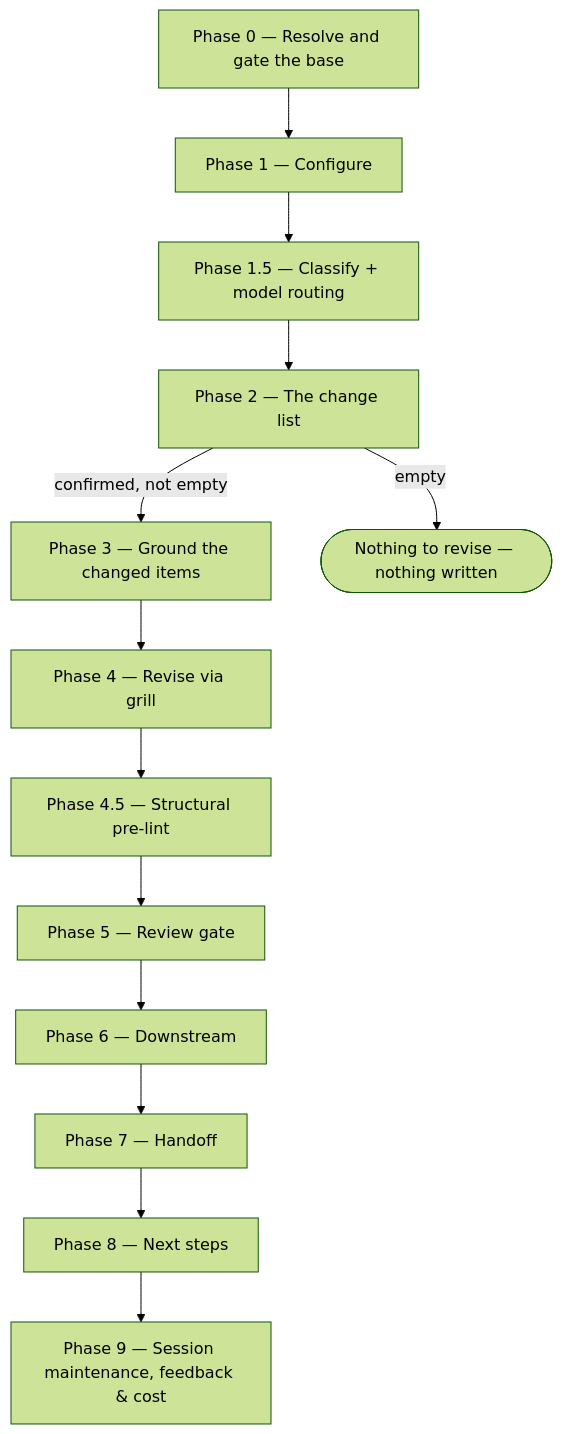
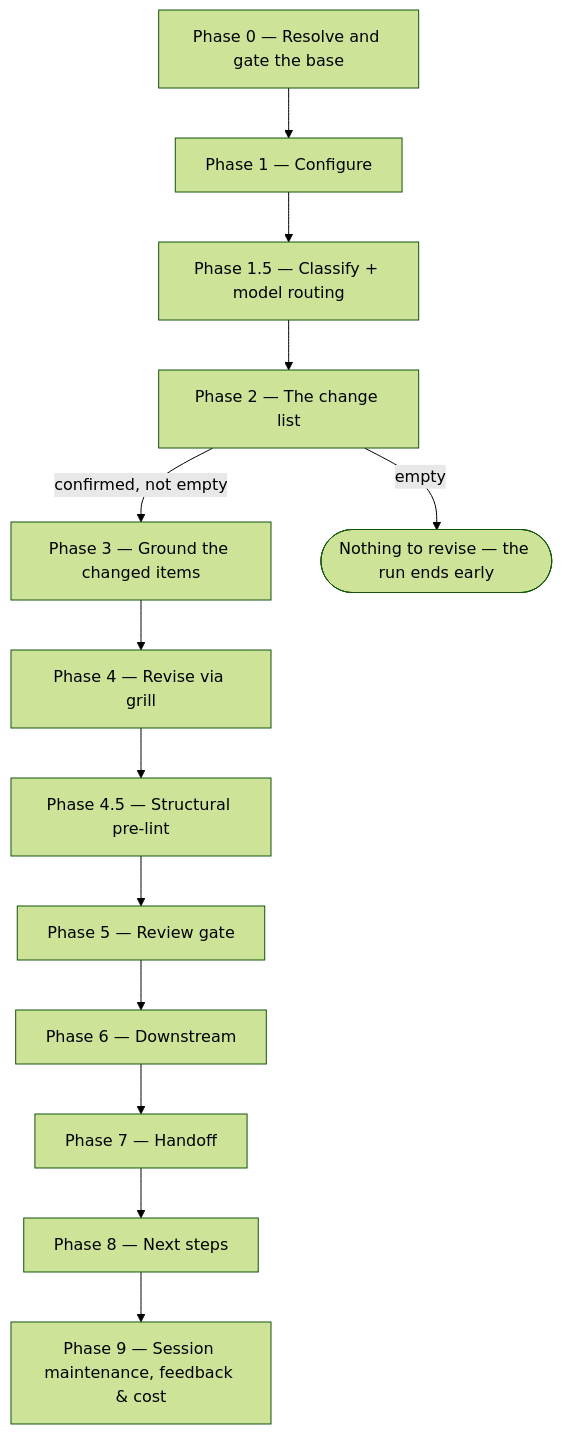
The diagram in plugins/product-workflows/docs/commands/update-spec.md (ihudak/ai-workflows), drawn with Mermaid (forest theme) before and after one commit. The commit also changed other lines of this file and 77 other files, not shown here.

````diff
--- a/plugins/product-workflows/docs/commands/update-spec.md
+++ b/plugins/product-workflows/docs/commands/update-spec.md
@@ -23,15 +23,15 @@
 ```mermaid
 flowchart TD
     p0["Phase 0 — Resolve and gate the base"] --> p1["Phase 1 — Configure"]
     p1 --> p15["Phase 1.5 — Classify + model routing"]
     p15 --> p2["Phase 2 — The change list"]
     p2 -->|"confirmed, not empty"| p3["Phase 3 — Ground the changed items"]
-    p2 -->|"empty"| stop(["Nothing to revise — nothing written"])
+    p2 -->|"empty"| stop(["Nothing to revise — the run ends early"])
     p3 --> p4["Phase 4 — Revise via grill"]
     p4 --> p45["Phase 4.5 — Structural pre-lint"]
     p45 --> p5["Phase 5 — Review gate"]
     p5 --> p6["Phase 6 — Downstream"]
     p6 --> p7["Phase 7 — Handoff"]
     p7 --> p8["Phase 8 — Next steps"]
     p8 --> p9["Phase 9 — Session maintenance, feedback & cost"]
 ```
````
